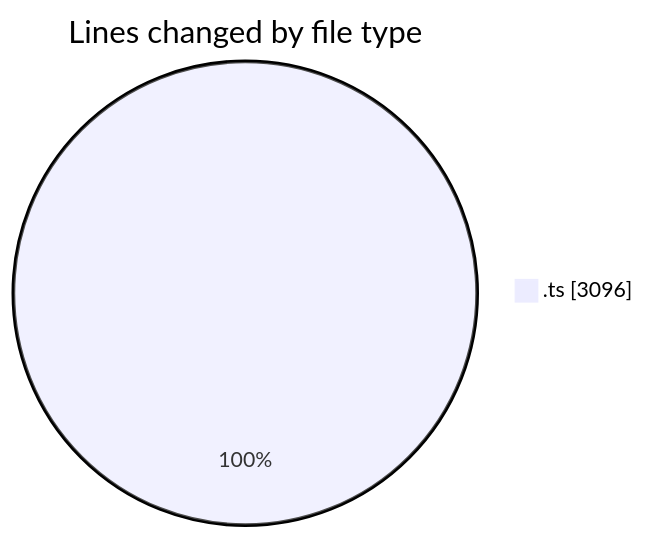
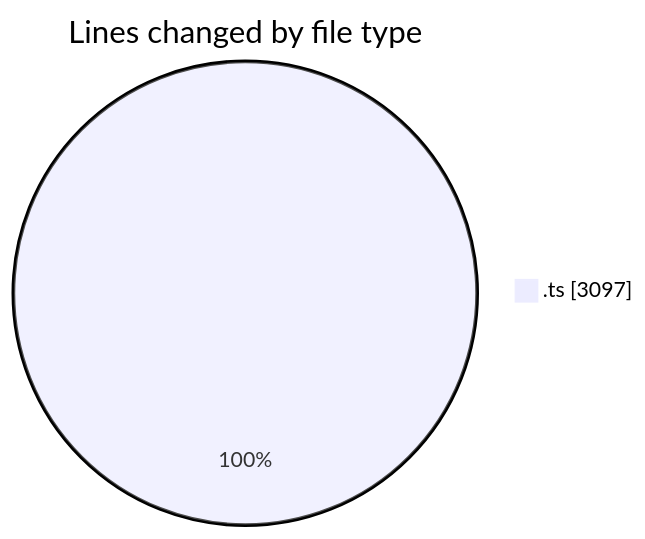
One commit to JenPaints/code-tracking changed the first of 2 diagrams in 2025-07-25/cohera/README.md. Above: the diagram before and after it, drawn with Mermaid. The commit also changed other lines of this file and 1 other file, not shown here.

````diff
--- a/2025-07-25/cohera/README.md
+++ b/2025-07-25/cohera/README.md
@@ -23,5 +24,5 @@
 ```mermaid
 pie showData
 title Lines changed by file type
-".ts" : 3096
+".ts" : 3097
 ```
````
